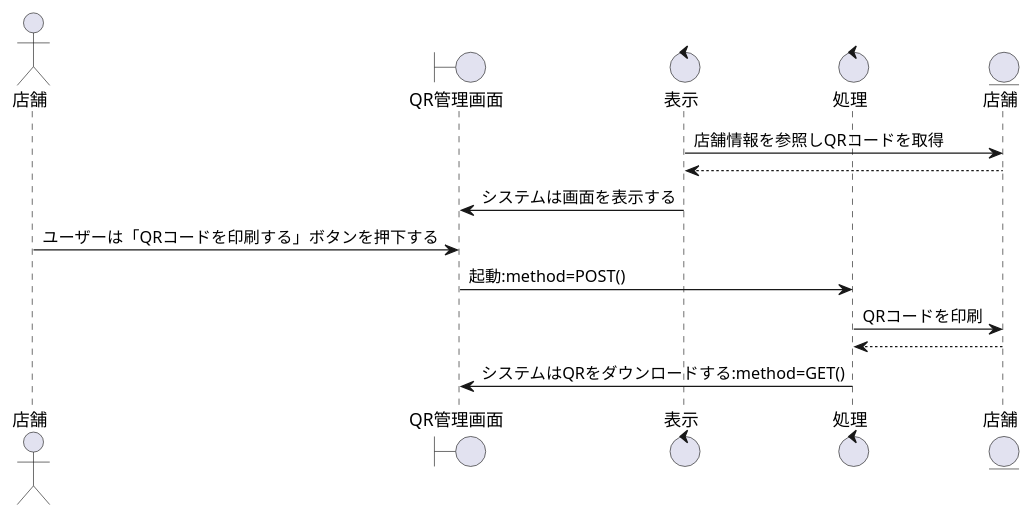
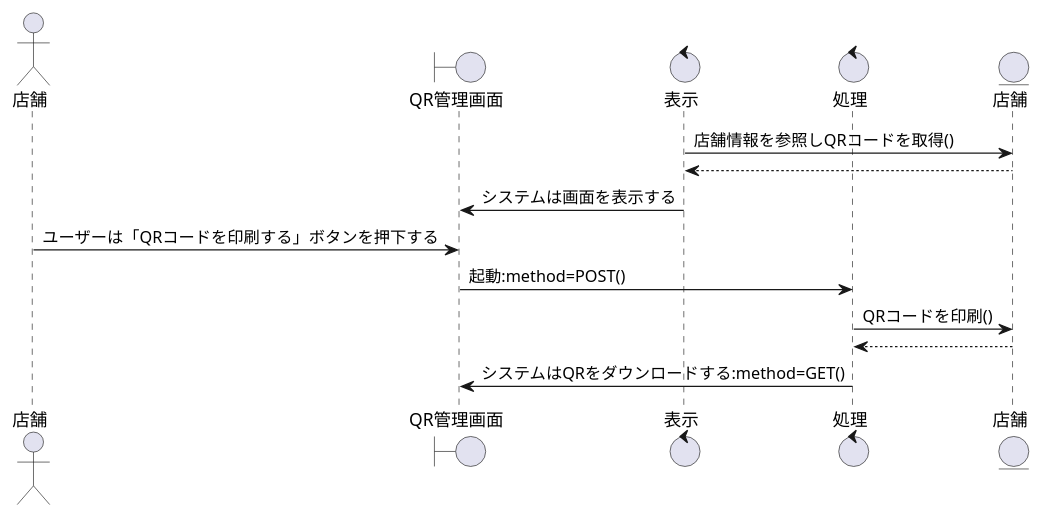
One commit to irukacb256/high_Me changed the diagram in sequence_fig/8_storeside_fn/12_QRコードを印刷する.pu. Above: the diagram before and after it, drawn with PlantUML. The commit also changed 26 other files, not shown here.

```diff
--- a/sequence_fig/8_storeside_fn/12_QRコードを印刷する.pu
+++ b/sequence_fig/8_storeside_fn/12_QRコードを印刷する.pu
@@ -1,19 +1,19 @@
 @startuml QRコードを印刷する
 
 actor 店舗 as cp1
 boundary QR管理画面 as b1
 control 表示 as co1
 control 処理 as co2
 
 entity 店舗 as ac1
 
-co1 -> ac1 : 店舗情報を参照しQRコードを取得
+co1 -> ac1 : 店舗情報を参照しQRコードを取得()
 co1 <-- ac1
 b1 <- co1 : システムは画面を表示する
 cp1 -> b1 : ユーザーは「QRコードを印刷する」ボタンを押下する
 b1 -> co2 : 起動:method=POST()
-co2 -> ac1 : QRコードを印刷
+co2 -> ac1 : QRコードを印刷()
 co2 <-- ac1 
 co2 -> b1 : システムはQRをダウンロードする:method=GET()
 
 @enduml
```
